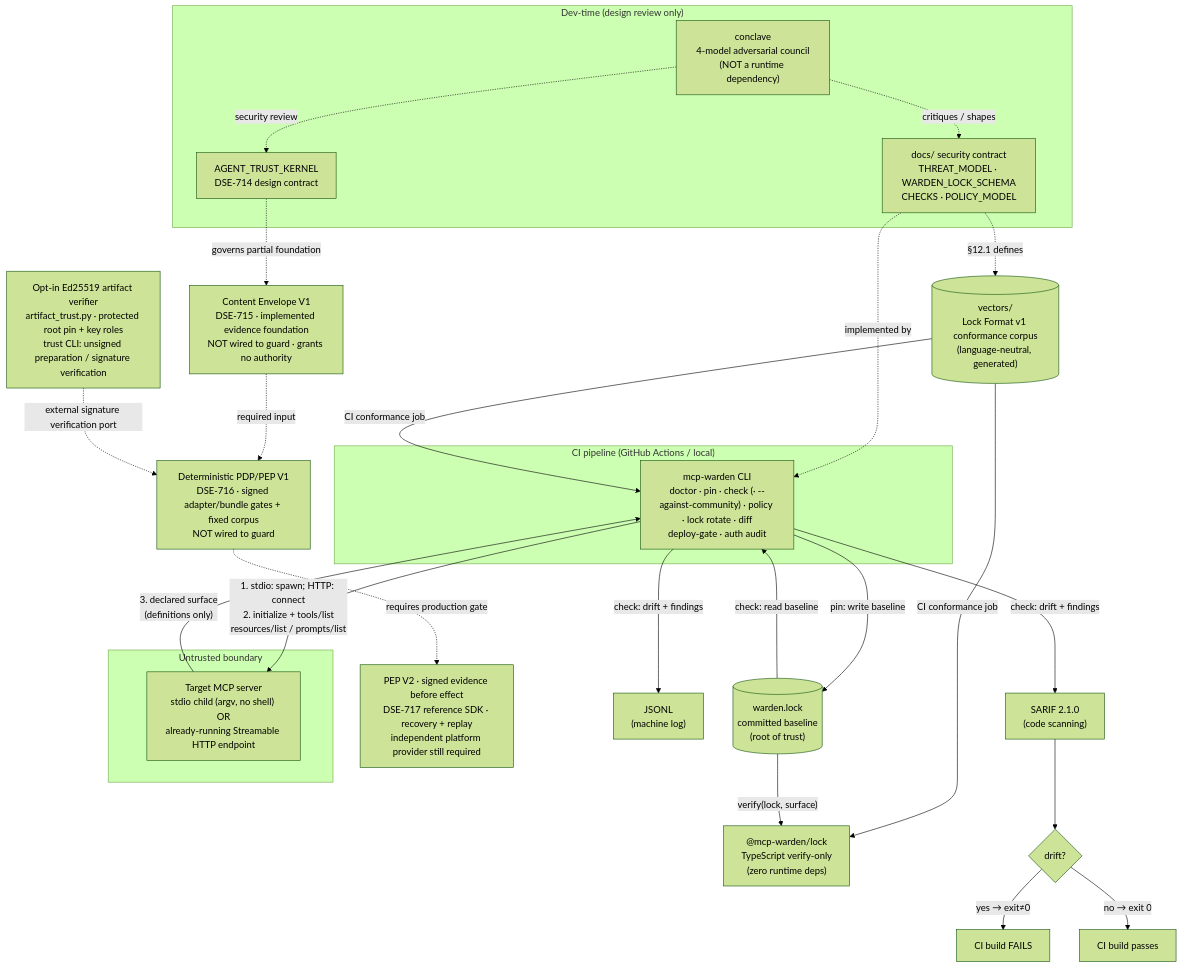
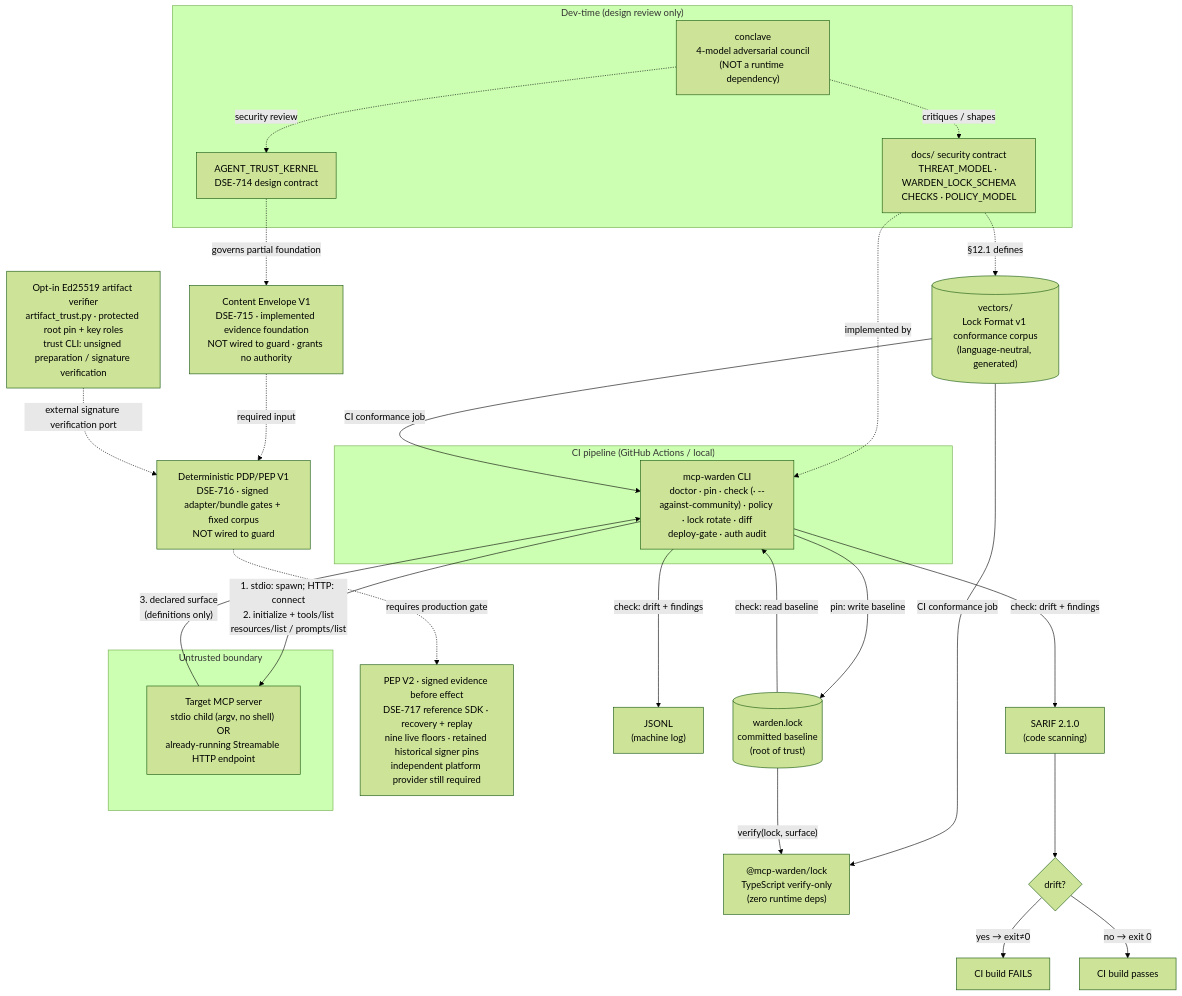
Before and after one commit to DataScience-EngineeringExperts/mcp-warden: the first of 4 diagrams in SYSTEM_CONTEXT_DIAGRAM.md, drawn with Mermaid (forest theme). The commit also changed 9 other files, not shown here.

Commit message:
fix: retain trusted receipt history across signer rotation (DSE-717)

````diff
--- a/SYSTEM_CONTEXT_DIAGRAM.md
+++ b/SYSTEM_CONTEXT_DIAGRAM.md
@@ -107,54 +107,54 @@
 ```mermaid
 flowchart TB
     subgraph dev["Dev-time (design review only)"]
         conclave["conclave\n4-model adversarial council\n(NOT a runtime dependency)"]
         specs["docs/ security contract\nTHREAT_MODEL · WARDEN_LOCK_SCHEMA\nCHECKS · POLICY_MODEL"]
         atk["AGENT_TRUST_KERNEL\nDSE-714 design contract"]
         conclave -. "critiques / shapes" .-> specs
         conclave -. "security review" .-> atk
     end
 
     envelope["Content Envelope V1\nDSE-715 · implemented evidence foundation\nNOT wired to guard · grants no authority"]
     decision["Deterministic PDP/PEP V1\nDSE-716 · signed adapter/bundle gates + fixed corpus\nNOT wired to guard"]
     artifactTrust["Opt-in Ed25519 artifact verifier\nartifact_trust.py · protected root pin + key roles\ntrust CLI: unsigned preparation / signature verification"]
-    evidence["PEP V2 · signed evidence before effect\nDSE-717 reference SDK · recovery + replay\nindependent platform provider still required"]
+    evidence["PEP V2 · signed evidence before effect\nDSE-717 reference SDK · recovery + replay\nnine live floors · retained historical signer pins\nindependent platform provider still required"]
     atk -. "governs partial foundation" .-> envelope
     envelope -. "required input" .-> decision
     artifactTrust -. "external signature verification port" .-> decision
     decision -. "requires production gate" .-> evidence
 
     subgraph ci["CI pipeline (GitHub Actions / local)"]
         warden["mcp-warden CLI
 doctor · pin · check (· --against-community) · policy · lock rotate · diff
 deploy-gate · auth audit"]
     end
 
     subgraph target["Untrusted boundary"]
         server["Target MCP server\nstdio child (argv, no shell) OR\nalready-running Streamable HTTP endpoint"]
     end
 
     repo[("warden.lock\ncommitted baseline\n(root of trust)")]
     sarif["SARIF 2.1.0\n(code scanning)"]
     jsonl["JSONL\n(machine log)"]
 
     specs -. "implemented by" .-> warden
 
     vectors[("vectors/\nLock Format v1 conformance corpus\n(language-neutral, generated)")]
     lockts["@mcp-warden/lock\nTypeScript verify-only\n(zero runtime deps)"]
     specs -. "§12.1 defines" .-> vectors
     vectors -- "CI conformance job" --> warden
     vectors -- "CI conformance job" --> lockts
     repo -- "verify(lock, surface)" --> lockts
 
     warden -- "1. stdio: spawn; HTTP: connect\n2. initialize + tools/list\nresources/list / prompts/list" --> server
     server -- "3. declared surface\n(definitions only)" --> warden
 
     warden -- "pin: write baseline" --> repo
     repo -- "check: read baseline" --> warden
     warden -- "check: drift + findings" --> sarif
     warden -- "check: drift + findings" --> jsonl
 
     sarif --> gate{"drift?"}
     gate -- "yes → exit≠0" --> failci["CI build FAILS"]
     gate -- "no → exit 0" --> passci["CI build passes"]
 ```
````
